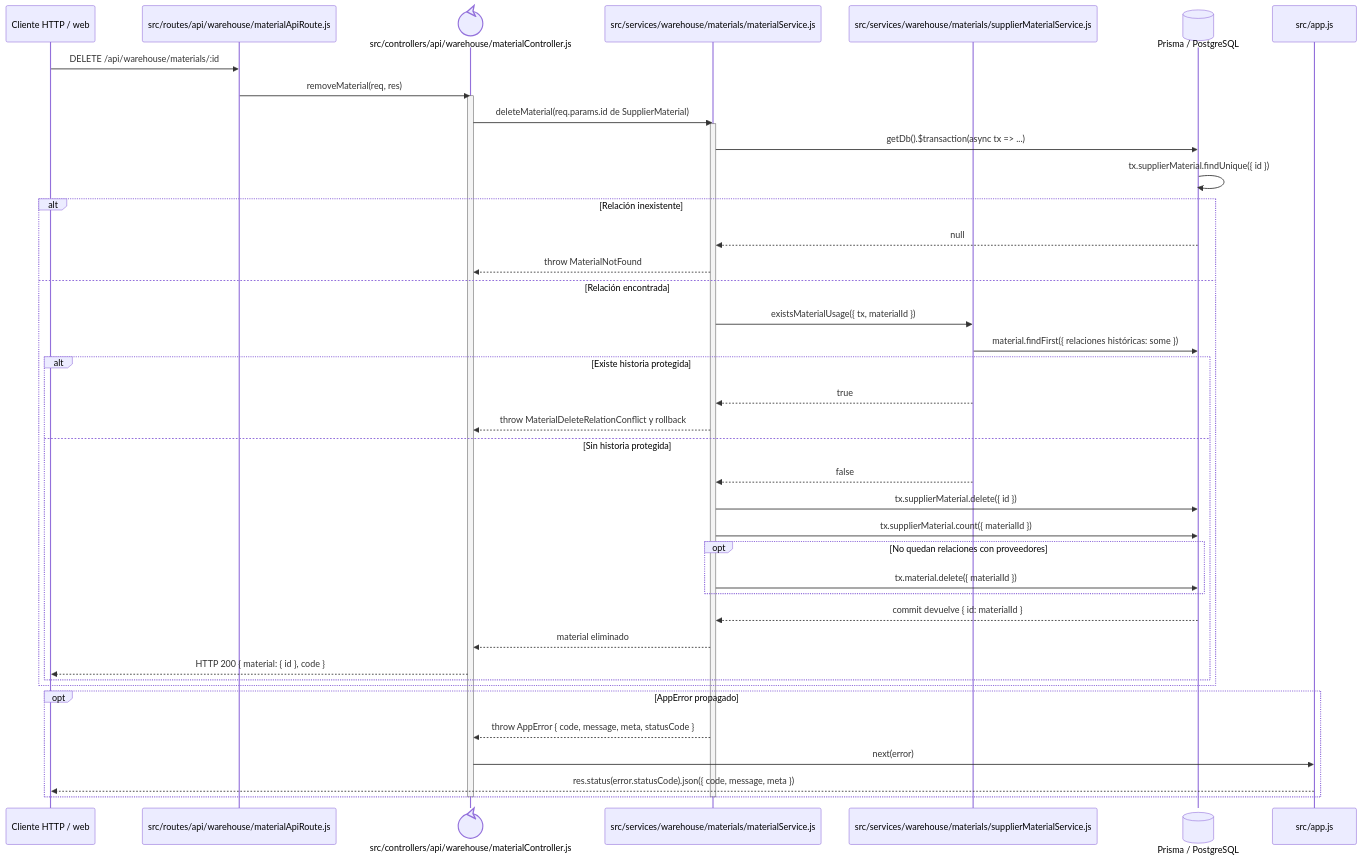
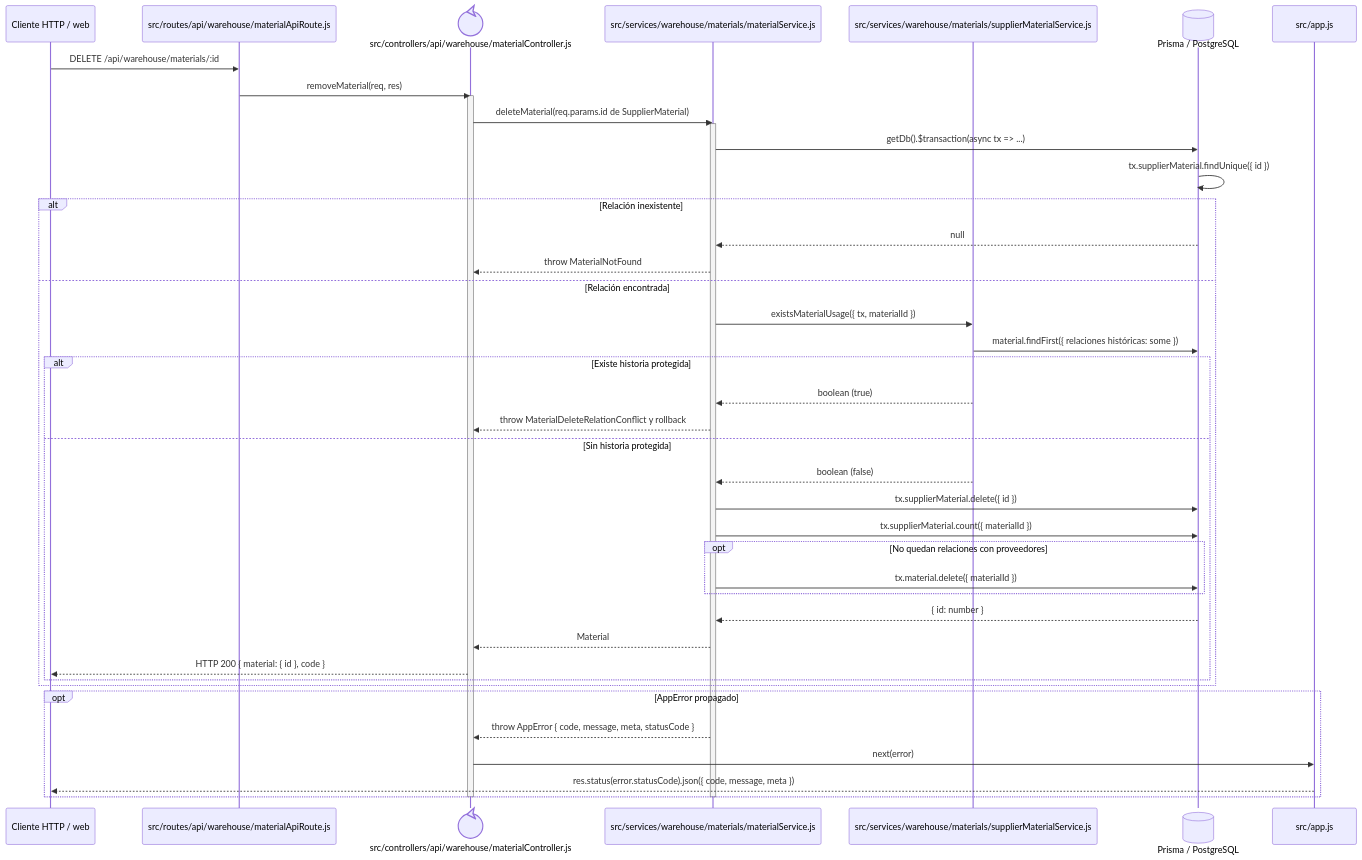
One commit to gpgsistemas01/nexus changed the diagram in docs/architecture/backend-code-sequences/catalogs/cu-alm-04.md. Above: the diagram before and after it, drawn with Mermaid. The commit also changed 146 other files, not shown here.

````diff
--- a/docs/architecture/backend-code-sequences/catalogs/cu-alm-04.md
+++ b/docs/architecture/backend-code-sequences/catalogs/cu-alm-04.md
@@ -6,46 +6,46 @@
 ```mermaid
 sequenceDiagram
     participant Client as Cliente HTTP / web
     participant Route as src/routes/api/warehouse/materialApiRoute.js
     participant Controller@{ "type": "control" } as src/controllers/api/warehouse/materialController.js
     participant Domain as src/services/warehouse/materials/materialService.js
     participant Usage as src/services/warehouse/materials/supplierMaterialService.js
     participant Prisma@{ "type": "database" } as Prisma / PostgreSQL
     participant ErrorHandler as src/app.js
 
     Client->>Route: DELETE /api/warehouse/materials/:id
     Route->>Controller: removeMaterial(req, res)
     activate Controller
     Controller->>Domain: deleteMaterial(req.params.id de SupplierMaterial)
     activate Domain
     Domain->>Prisma: getDb().$transaction(async tx => ...)
     Prisma->>Prisma: tx.supplierMaterial.findUnique({ id })
     alt Relación inexistente
         Prisma-->>Domain: null
         Domain-->>Controller: throw MaterialNotFound
     else Relación encontrada
         Domain->>Usage: existsMaterialUsage({ tx, materialId })
         Usage->>Prisma: material.findFirst({ relaciones históricas: some })
         alt Existe historia protegida
-            Usage-->>Domain: true
+            Usage-->>Domain: boolean (true)
             Domain-->>Controller: throw MaterialDeleteRelationConflict y rollback
         else Sin historia protegida
-            Usage-->>Domain: false
+            Usage-->>Domain: boolean (false)
             Domain->>Prisma: tx.supplierMaterial.delete({ id })
             Domain->>Prisma: tx.supplierMaterial.count({ materialId })
             opt No quedan relaciones con proveedores
                 Domain->>Prisma: tx.material.delete({ materialId })
             end
-            Prisma-->>Domain: commit devuelve { id: materialId }
-            Domain-->>Controller: material eliminado
+            Prisma-->>Domain: { id: number }
+            Domain-->>Controller: Material
             Controller-->>Client: HTTP 200 { material: { id }, code }
         end
     end
     opt AppError propagado
         Domain-->>Controller: throw AppError { code, message, meta, statusCode }
         Controller->>ErrorHandler: next(error)
         ErrorHandler-->>Client: res.status(error.statusCode).json({ code, message, meta })
     end
     deactivate Domain
     deactivate Controller
 ```
````
